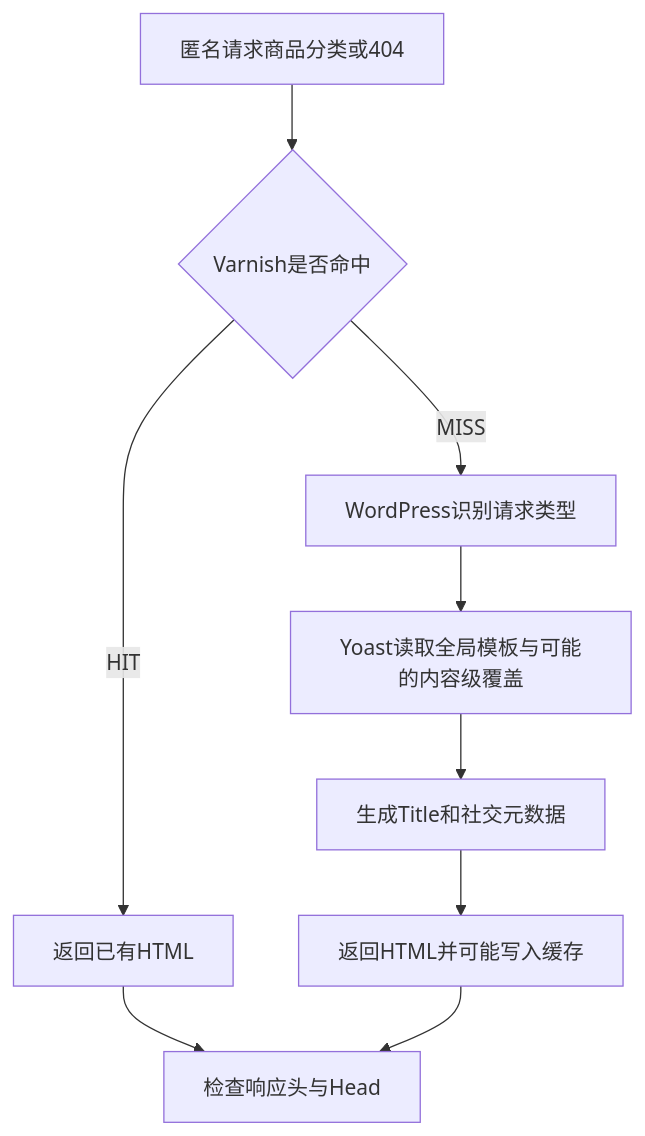
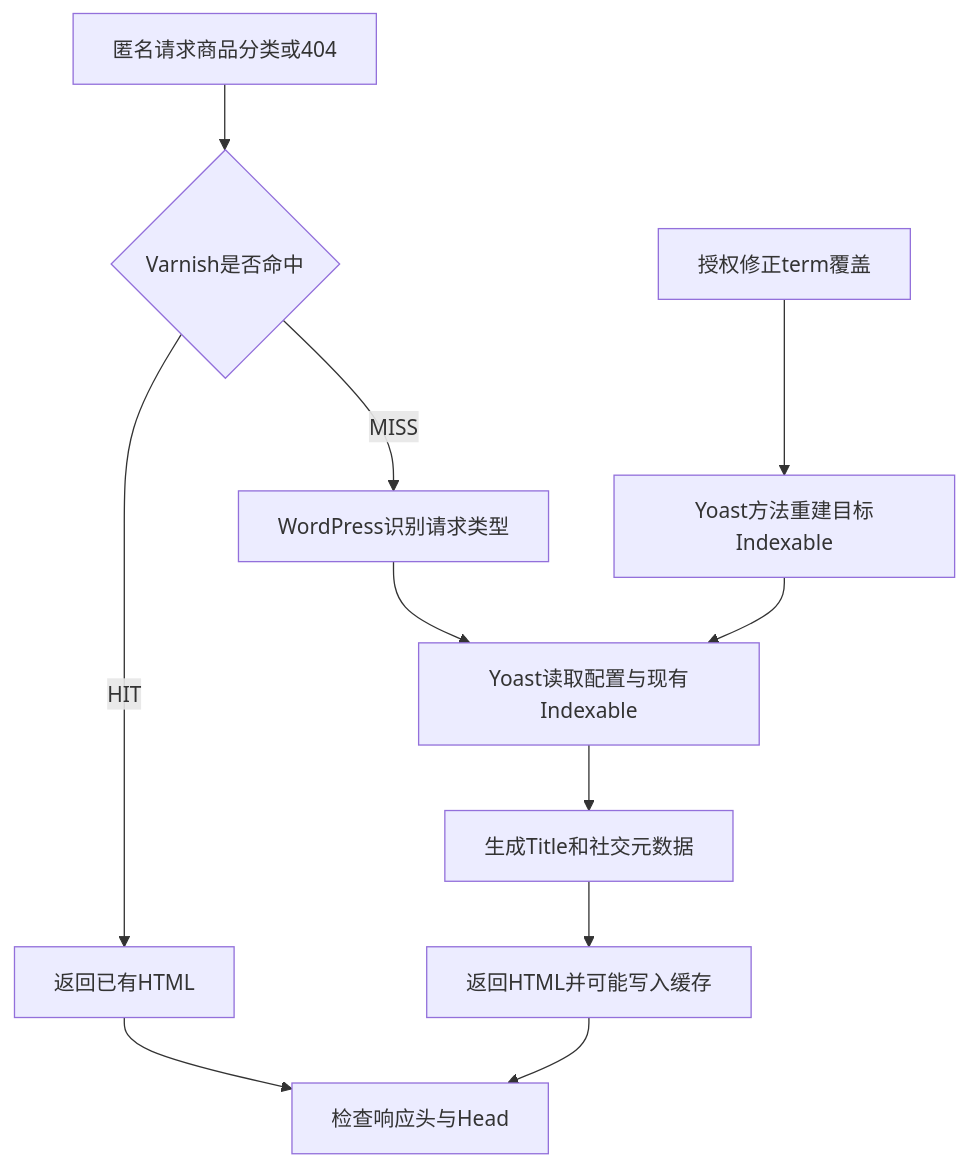
Before and after one commit to nicewangli/dentall: the second of 2 diagrams in project-docs/笔记/WordPress实战笔记/Day91-Yoast模板与缓存分层验证.md, drawn with Mermaid. The commit also changed other lines of this file and 4 other files, not shown here.

````diff
--- a/project-docs/笔记/WordPress实战笔记/Day91-Yoast模板与缓存分层验证.md
+++ b/project-docs/笔记/WordPress实战笔记/Day91-Yoast模板与缓存分层验证.md
@@ -88,11 +90,13 @@
 ```mermaid
 flowchart TD
     A["匿名请求商品分类或404"] --> B{"Varnish是否命中"}
     B -- "HIT" --> C["返回已有HTML"]
     B -- "MISS" --> D["WordPress识别请求类型"]
-    D --> E["Yoast读取全局模板与可能的内容级覆盖"]
+    D --> E["Yoast读取配置与现有Indexable"]
     E --> F["生成Title和社交元数据"]
     F --> G["返回HTML并可能写入缓存"]
     C --> H["检查响应头与Head"]
     G --> H
+    M["授权修正term覆盖"] --> N["Yoast方法重建目标Indexable"]
+    N --> E
 ```
````
